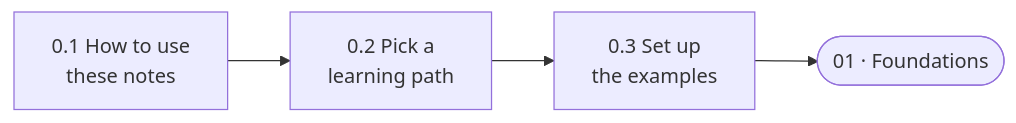
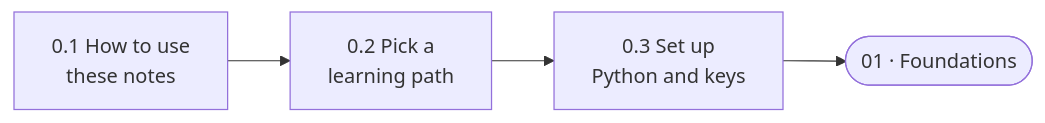
Before and after one commit to asmustechno/agentic-ai-notes: the diagram in docs/00-start-here/README.md, drawn with Mermaid. The commit also changed other lines of this file and 397 other files, not shown here.

````diff
--- a/docs/00-start-here/README.md
+++ b/docs/00-start-here/README.md
@@ -25,4 +25,4 @@
 ```mermaid
 flowchart LR
-    A["0.1 How to use<br/>these notes"] --> B["0.2 Pick a<br/>learning path"] --> C["0.3 Set up<br/>the examples"] --> D(["01 · Foundations"])
+    A["0.1 How to use<br/>these notes"] --> B["0.2 Pick a<br/>learning path"] --> C["0.3 Set up<br/>Python and keys"] --> D(["01 · Foundations"])
 ```
````
